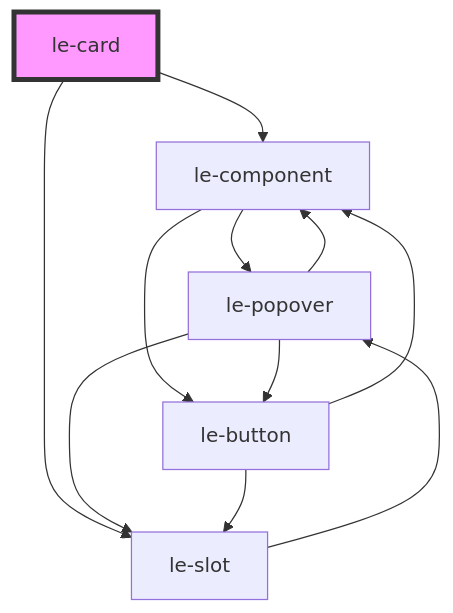
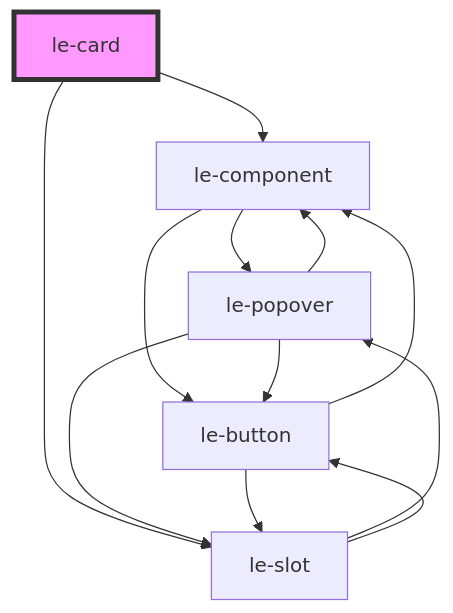
The diagram in src/components/le-card/readme.md (leechy/le-kit), drawn with Mermaid before and after one commit. The commit also changed 17 other files, not shown here.

````diff
--- a/src/components/le-card/readme.md
+++ b/src/components/le-card/readme.md
@@ -51,14 +51,15 @@
 ```mermaid
 graph TD;
   le-card --> le-component
   le-card --> le-slot
   le-component --> le-popover
   le-component --> le-button
+  le-popover --> le-button
   le-popover --> le-component
   le-popover --> le-slot
-  le-popover --> le-button
-  le-slot --> le-popover
   le-button --> le-component
   le-button --> le-slot
+  le-slot --> le-popover
+  le-slot --> le-button
   style le-card fill:#f9f,stroke:#333,stroke-width:4px
 ```
````
